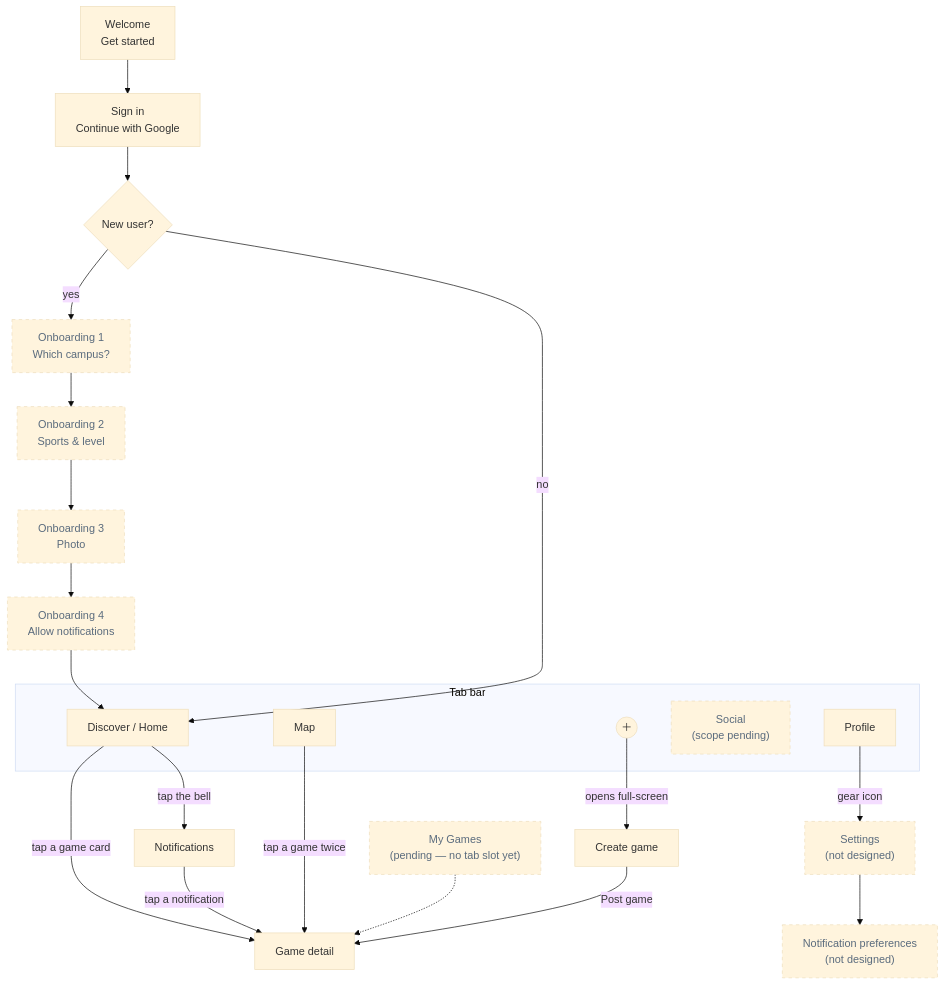
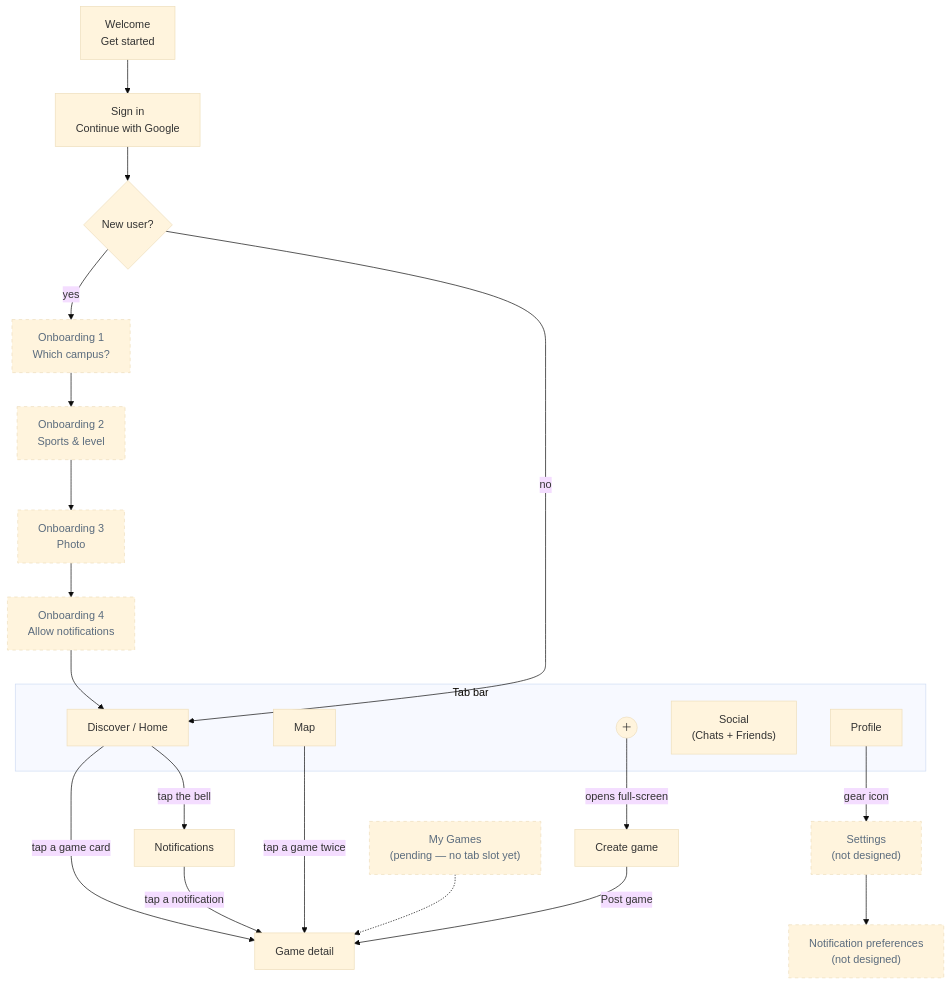
The third of 9 diagrams in docs/ARCHITECTURE.md (aymanlaassel/pantherplay), drawn with Mermaid (base theme) before and after one commit. The commit also changed other lines of this file, not shown here.

Commit message:
Mark Social tab scope as decided in architecture doc

````diff
--- a/docs/ARCHITECTURE.md
+++ b/docs/ARCHITECTURE.md
@@ -147,32 +147,32 @@
 ```mermaid
 flowchart TD
   Welcome["Welcome<br/>Get started"] --> SignIn["Sign in<br/>Continue with Google"]
   SignIn --> Gate{"New user?"}
   Gate -- yes --> Campus["Onboarding 1<br/>Which campus?"]
   Campus --> Sports["Onboarding 2<br/>Sports & level"]
   Sports --> Photo["Onboarding 3<br/>Photo"]
   Photo --> Notif["Onboarding 4<br/>Allow notifications"]
   Notif --> Discover
   Gate -- no --> Discover
 
   subgraph TabBar["Tab bar"]
     Discover["Discover / Home"]
     MapTab["Map"]
     Plus(("＋"))
-    Social["Social<br/>(scope pending)"]
+    Social["Social<br/>(Chats + Friends)"]
     Profile["Profile"]
   end
 
   Discover -- "tap a game card" --> Detail["Game detail"]
   MapTab -- "tap a game twice" --> Detail
   Discover -- "tap the bell" --> Notifications["Notifications"]
   Plus -- "opens full-screen" --> Create["Create game"]
   Create -- "Post game" --> Detail
   Profile -- "gear icon" --> Settings["Settings<br/>(not designed)"]
   Settings --> NotifPrefs["Notification preferences<br/>(not designed)"]
   Notifications -- "tap a notification" --> Detail
   MyGames["My Games<br/>(pending — no tab slot yet)"] -.-> Detail
 
   classDef pending stroke-dasharray: 5 5,color:#5A6B7D
-  class Social,Settings,NotifPrefs,MyGames,Campus,Sports,Photo,Notif pending
+  class Settings,NotifPrefs,MyGames,Campus,Sports,Photo,Notif pending
 ```
````
